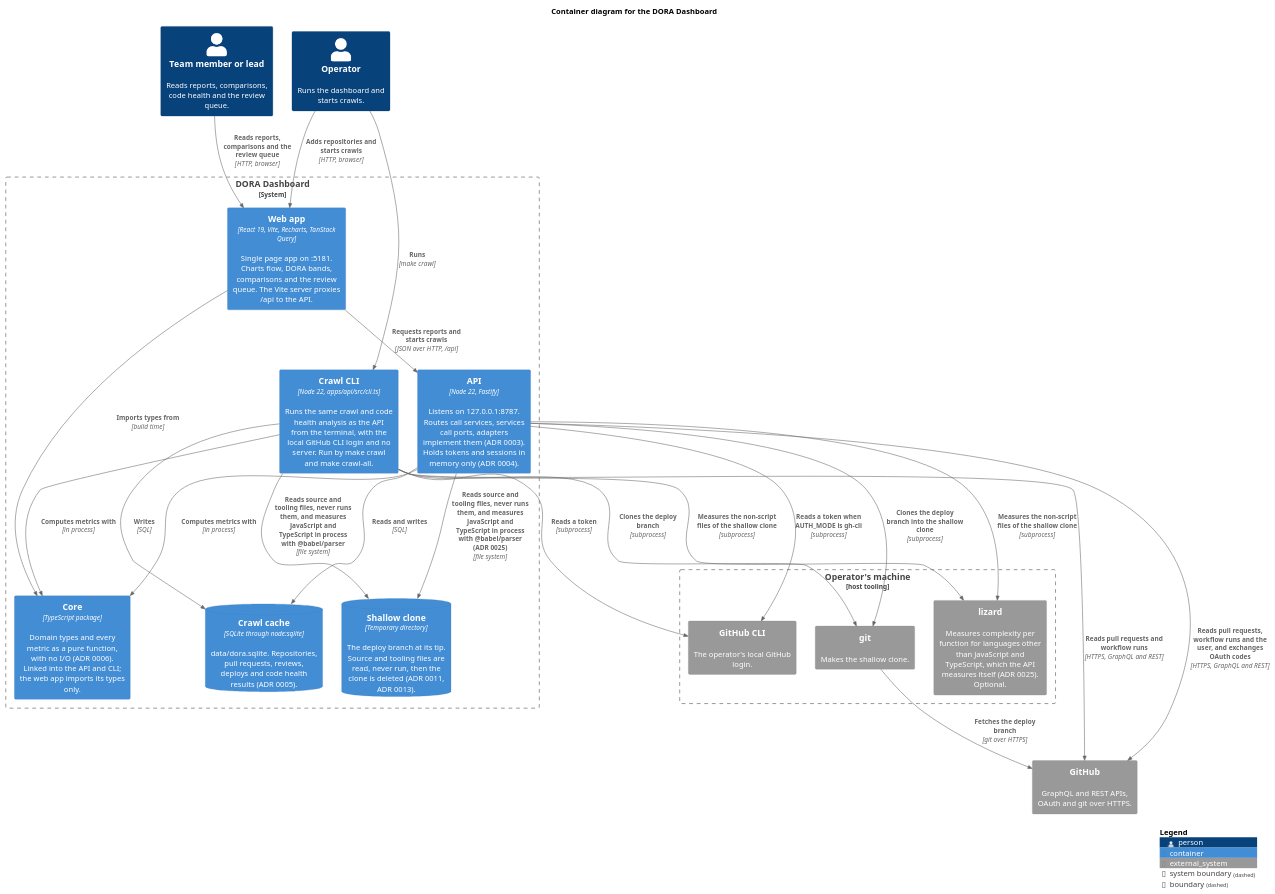
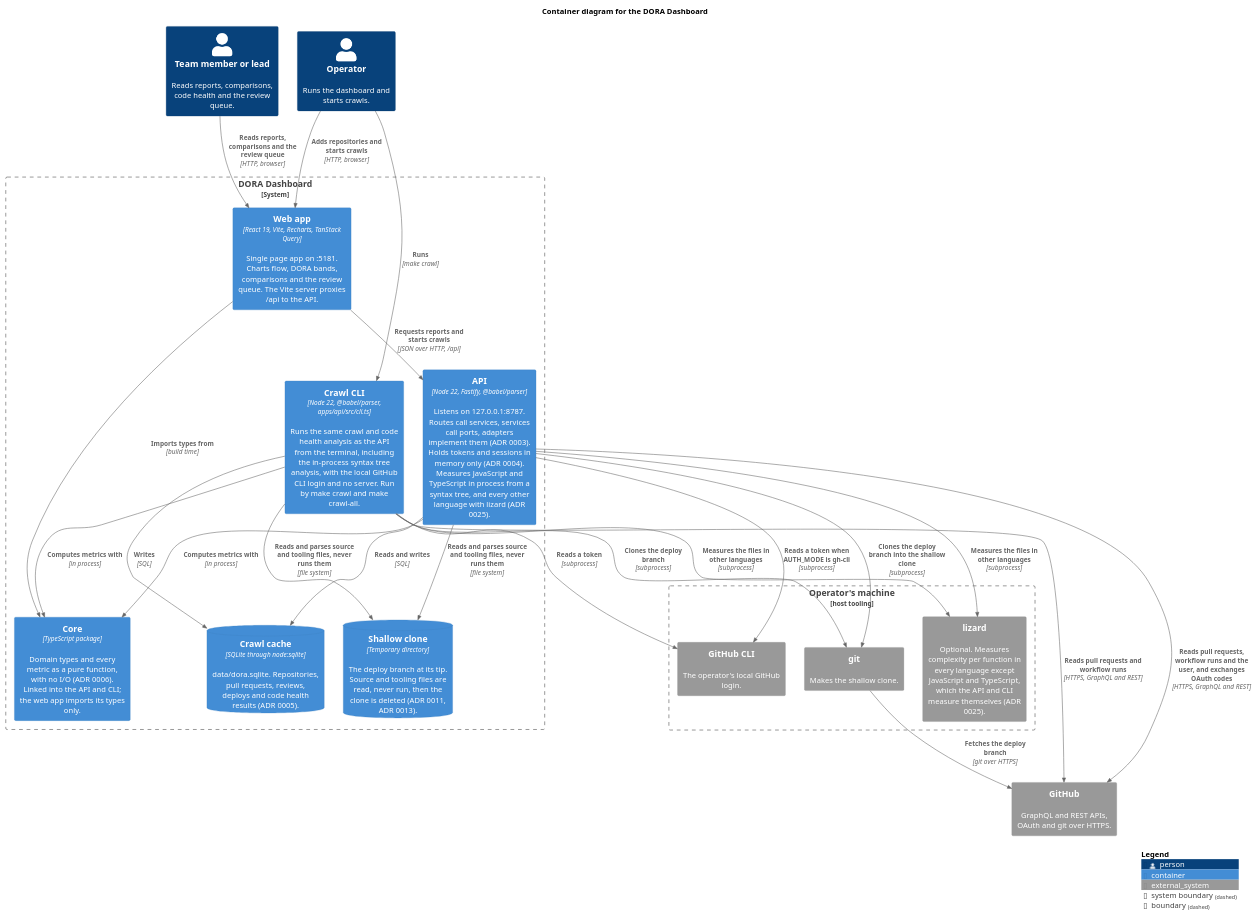
One commit to vfarah-if/dora-dashboard changed the diagram in docs/diagrams/c4-container.puml. Above: the diagram before and after it, drawn with PlantUML. The commit also changed 5 other files, not shown here.

```diff
--- a/docs/diagrams/c4-container.puml
+++ b/docs/diagrams/c4-container.puml
@@ -1,62 +1,62 @@
 @startuml c4-container
 ' C4 level 2: the deployable parts of the DORA Dashboard and how they talk.
 ' Uses the C4-PlantUML library bundled with PlantUML, so it renders offline.
 !include <C4/C4_Container>
 
 LAYOUT_TOP_DOWN()
 LAYOUT_WITH_LEGEND()
 
 title Container diagram for the DORA Dashboard
 
 Person(reader, "Team member or lead", "Reads reports, comparisons, code health and the review queue.")
 Person(operator, "Operator", "Runs the dashboard and starts crawls.")
 
 System_Boundary(dashboard, "DORA Dashboard") {
   Container(web, "Web app", "React 19, Vite, Recharts, TanStack Query", "Single page app on :5181. Charts flow, DORA bands, comparisons and the review queue. The Vite server proxies /api to the API.")
-  Container(api, "API", "Node 22, Fastify", "Listens on 127.0.0.1:8787. Routes call services, services call ports, adapters implement them (ADR 0003). Holds tokens and sessions in memory only (ADR 0004).")
-  Container(cli, "Crawl CLI", "Node 22, apps/api/src/cli.ts", "Runs the same crawl and code health analysis as the API from the terminal, with the local GitHub CLI login and no server. Run by make crawl and make crawl-all.")
+  Container(api, "API", "Node 22, Fastify, @babel/parser", "Listens on 127.0.0.1:8787. Routes call services, services call ports, adapters implement them (ADR 0003). Holds tokens and sessions in memory only (ADR 0004). Measures JavaScript and TypeScript in process from a syntax tree, and every other language with lizard (ADR 0025).")
+  Container(cli, "Crawl CLI", "Node 22, @babel/parser, apps/api/src/cli.ts", "Runs the same crawl and code health analysis as the API from the terminal, including the in-process syntax tree analysis, with the local GitHub CLI login and no server. Run by make crawl and make crawl-all.")
   Container(core, "Core", "TypeScript package", "Domain types and every metric as a pure function, with no I/O (ADR 0006). Linked into the API and CLI; the web app imports its types only.")
   ContainerDb(db, "Crawl cache", "SQLite through node:sqlite", "data/dora.sqlite. Repositories, pull requests, reviews, deploys and code health results (ADR 0005).")
   ContainerDb(clone, "Shallow clone", "Temporary directory", "The deploy branch at its tip. Source and tooling files are read, never run, then the clone is deleted (ADR 0011, ADR 0013).")
 }
 
 System_Ext(github, "GitHub", "GraphQL and REST APIs, OAuth and git over HTTPS.")
 
 Boundary(host, "Operator's machine", "host tooling") {
   System_Ext(ghcli, "GitHub CLI", "The operator's local GitHub login.")
   System_Ext(git, "git", "Makes the shallow clone.")
-  System_Ext(lizard, "lizard", "Measures complexity per function for languages other than JavaScript and TypeScript, which the API measures itself (ADR 0025). Optional.")
+  System_Ext(lizard, "lizard", "Optional. Measures complexity per function in every language except JavaScript and TypeScript, which the API and CLI measure themselves (ADR 0025).")
 }
 
 Lay_R(reader, operator)
 Lay_R(web, cli)
 Lay_R(db, clone)
 Lay_R(ghcli, git)
 Lay_R(git, lizard)
 
 Rel(reader, web, "Reads reports, comparisons and the review queue", "HTTP, browser")
 Rel(operator, web, "Adds repositories and starts crawls", "HTTP, browser")
 Rel(operator, cli, "Runs", "make crawl")
 
 Rel(web, api, "Requests reports and starts crawls", "JSON over HTTP, /api")
 Rel(web, core, "Imports types from", "build time")
 
 Rel(api, core, "Computes metrics with", "in process")
 Rel(cli, core, "Computes metrics with", "in process")
 Rel(api, db, "Reads and writes", "SQL")
 Rel(cli, db, "Writes", "SQL")
-Rel(api, clone, "Reads source and tooling files, never runs them, and measures JavaScript and TypeScript in process with @babel/parser (ADR 0025)", "file system")
-Rel(cli, clone, "Reads source and tooling files, never runs them, and measures JavaScript and TypeScript in process with @babel/parser", "file system")
+Rel(api, clone, "Reads and parses source and tooling files, never runs them", "file system")
+Rel(cli, clone, "Reads and parses source and tooling files, never runs them", "file system")
 
 Rel(api, github, "Reads pull requests, workflow runs and the user, and exchanges OAuth codes", "HTTPS, GraphQL and REST")
 Rel(cli, github, "Reads pull requests and workflow runs", "HTTPS, GraphQL and REST")
 Rel(api, ghcli, "Reads a token when AUTH_MODE is gh-cli", "subprocess")
 Rel(cli, ghcli, "Reads a token", "subprocess")
 Rel(api, git, "Clones the deploy branch into the shallow clone", "subprocess")
 Rel(cli, git, "Clones the deploy branch", "subprocess")
-Rel(api, lizard, "Measures the non-script files of the shallow clone", "subprocess")
-Rel(cli, lizard, "Measures the non-script files of the shallow clone", "subprocess")
+Rel(api, lizard, "Measures the files in other languages", "subprocess")
+Rel(cli, lizard, "Measures the files in other languages", "subprocess")
 Rel(git, github, "Fetches the deploy branch", "git over HTTPS")
 
 SHOW_LEGEND()
 @enduml
```
